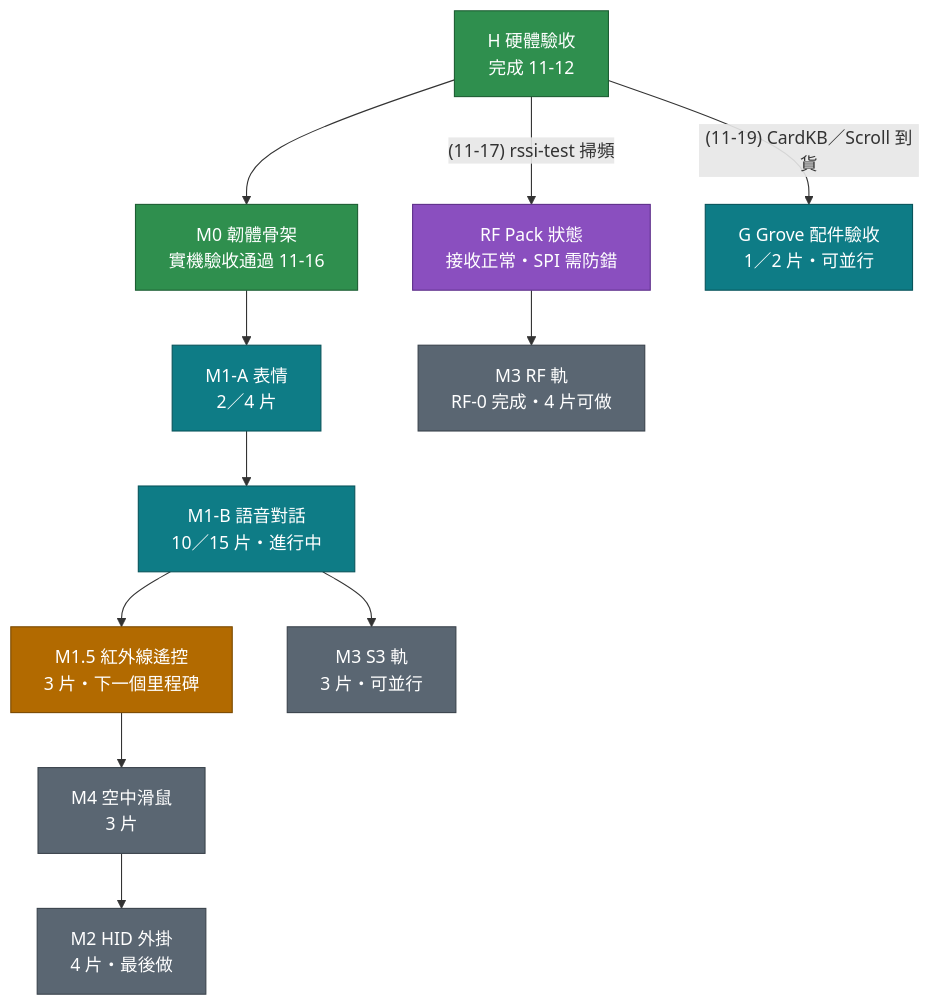
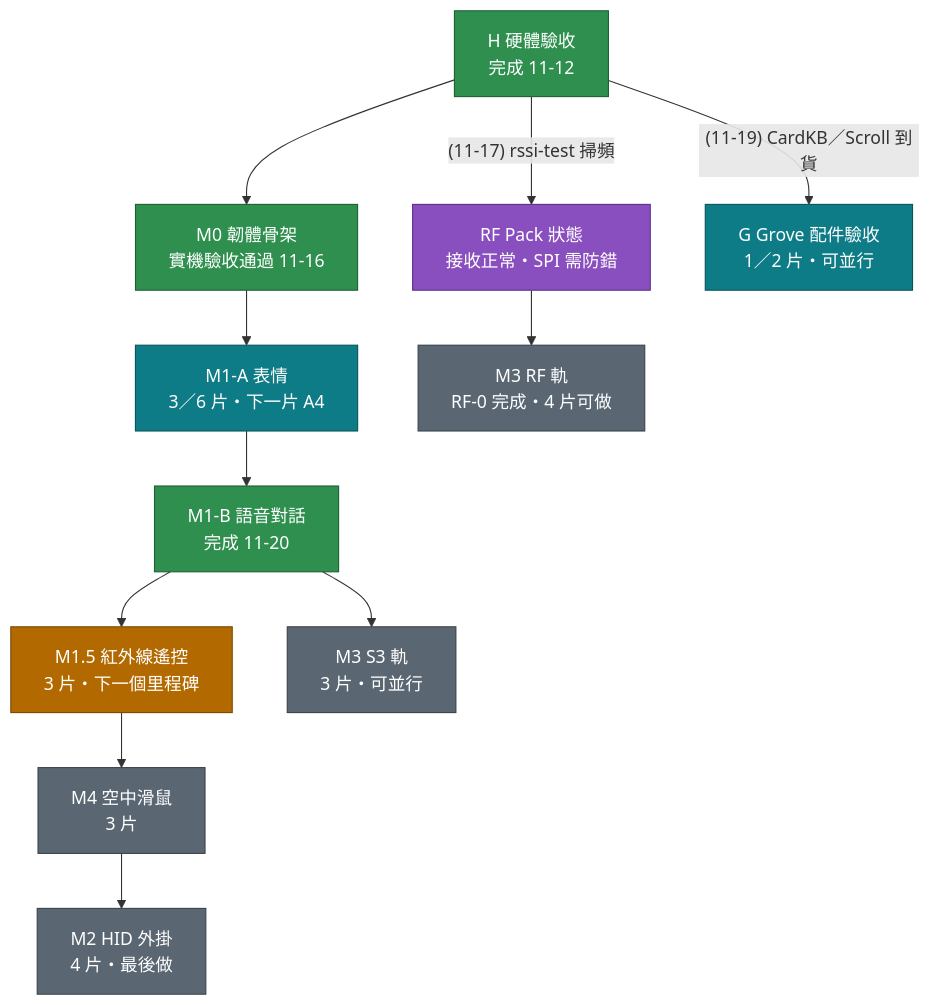
The first of 2 diagrams in docs/StickS3 執行計劃.md (MilesYP/m5sticks3), drawn with Mermaid before and after one commit. The commit also changed other lines of this file and 16 other files, not shown here.

````diff
--- a/docs/StickS3 執行計劃.md
+++ b/docs/StickS3 執行計劃.md
@@ -29,31 +29,31 @@
 ```mermaid
 flowchart TD
     H["H 硬體驗收<br>完成 11-12"]
     M0["M0 韌體骨架<br>實機驗收通過 11-16"]
-    M1A["M1-A 表情<br>2／4 片"]
-    M1B["M1-B 語音對話<br>10／15 片・進行中"]
+    M1A["M1-A 表情<br>3／6 片・下一片 A4"]
+    M1B["M1-B 語音對話<br>完成 11-20"]
     M15["M1.5 紅外線遙控<br>3 片・下一個里程碑"]
     M4["M4 空中滑鼠<br>3 片"]
     M2["M2 HID 外掛<br>4 片・最後做"]
     M3S["M3 S3 軌<br>3 片・可並行"]
     M3R["M3 RF 軌<br>RF-0 完成・4 片可做"]
     RS["RF Pack 狀態<br>接收正常・SPI 需防錯"]
     G["G Grove 配件驗收<br>1／2 片・可並行"]
 
     H --> M0 --> M1A --> M1B --> M15 --> M4 --> M2
     M1B --> M3S
     H -->|"(11-17) rssi-test 掃頻"| RS --> M3R
     H -->|"(11-19) CardKB／Scroll 到貨"| G
 
     classDef done fill:#2f8f4e,color:#ffffff,stroke:#1d5e33
     classDef doing fill:#0e7c86,color:#ffffff,stroke:#08545b
     classDef next fill:#b26a00,color:#ffffff,stroke:#7a4900
     classDef todo fill:#5a6672,color:#ffffff,stroke:#3a434c
     classDef gate fill:#8a4fbf,color:#ffffff,stroke:#5e2f8a
-    class H,M0 done
-    class M1A,M1B doing
+    class H,M0,M1B done
+    class M1A doing
     class M15 next
     class G doing
     class M4,M2,M3S,M3R todo
     class RS gate
 ```
````
